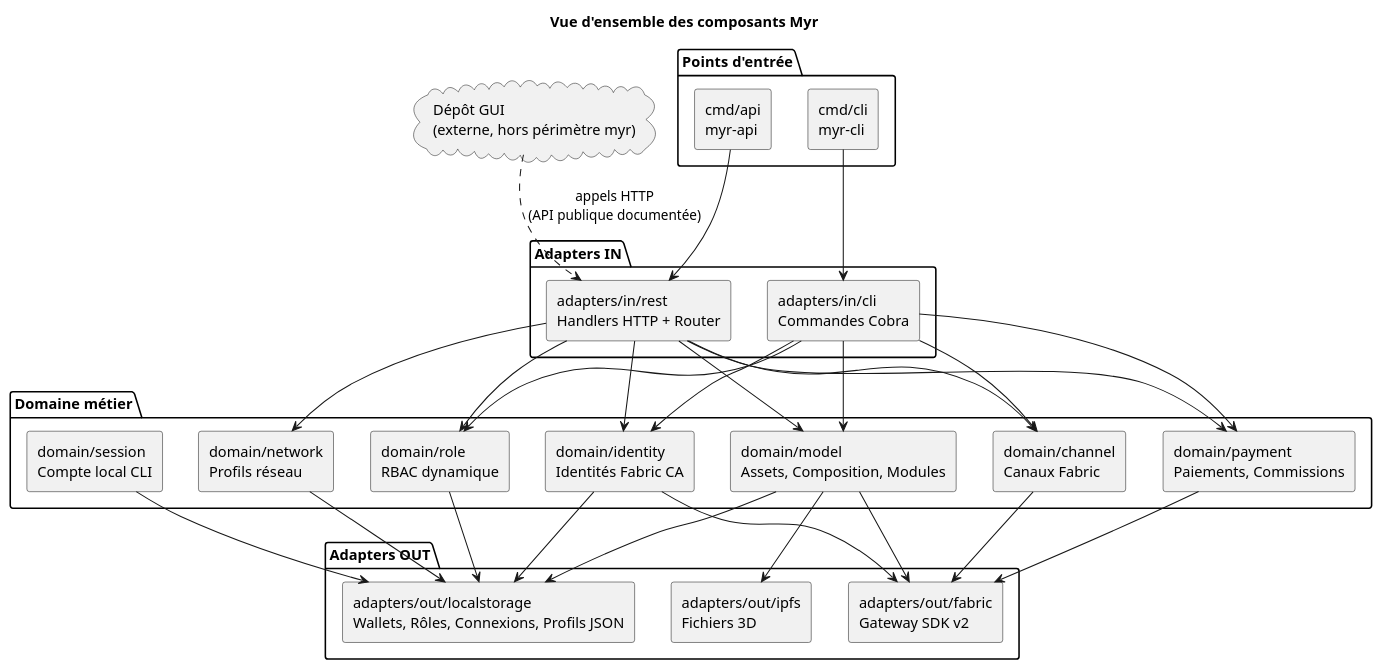
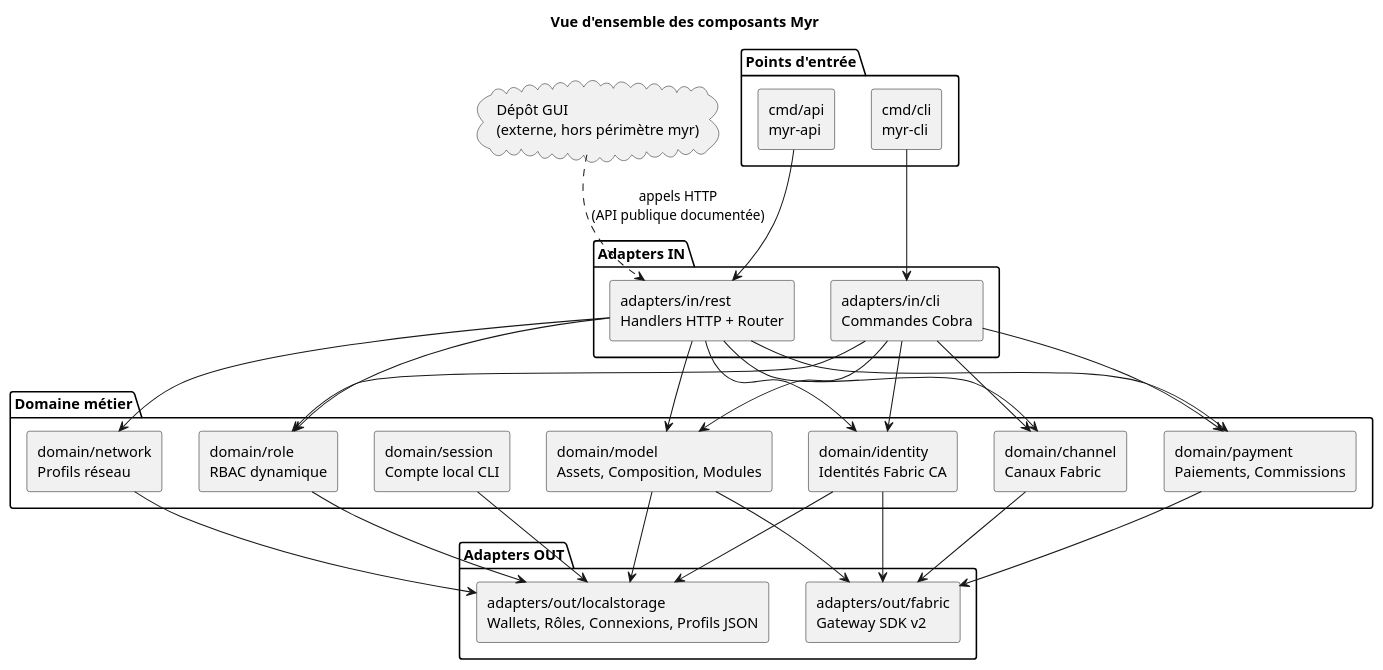
The first of 2 diagrams in specs/3-Conception/Conception_intro.md (myr-forge/myr-core), drawn with PlantUML before and after one commit. The commit also changed other lines of this file and 23 other files, not shown here.

````diff
--- a/specs/3-Conception/Conception_intro.md
+++ b/specs/3-Conception/Conception_intro.md
@@ -59,68 +59,66 @@
 ```plantuml
 @startuml
 title Vue d'ensemble des composants Myr
 
 skinparam componentStyle rectangle
 skinparam rectangle {
   BackgroundColor #f8f9fa
   BorderColor #6c757d
 }
 
 package "Points d'entrée" {
   [cmd/api\nmyr-api] as CmdAPI
   [cmd/cli\nmyr-cli] as CmdCLI
 }
 
 cloud "Dépôt GUI\n(externe, hors périmètre myr)" as ExtGUI
 
 package "Adapters IN" {
   [adapters/in/rest\nHandlers HTTP + Router] as REST
   [adapters/in/cli\nCommandes Cobra] as CLI
 }
 
 package "Domaine métier" {
   [domain/model\nAssets, Composition, Modules] as DomModel
   [domain/identity\nIdentités Fabric CA] as DomIdentity
   [domain/role\nRBAC dynamique] as DomRole
   [domain/network\nProfils réseau] as DomNetwork
   [domain/channel\nCanaux Fabric] as DomChannel
   [domain/session\nCompte local CLI] as DomSession
   [domain/payment\nPaiements, Commissions] as DomPayment
 }
 
 package "Adapters OUT" {
   [adapters/out/fabric\nGateway SDK v2] as Fabric
   [adapters/out/localstorage\nWallets, Rôles, Connexions, Profils JSON] as LocalStorage
-  [adapters/out/ipfs\nFichiers 3D] as IPFS
 }
 
 CmdAPI --> REST
 CmdCLI --> CLI
 ExtGUI ..> REST : appels HTTP\n(API publique documentée)
 
 REST --> DomModel
 REST --> DomIdentity
 REST --> DomRole
 REST --> DomNetwork
 REST --> DomChannel
 REST --> DomPayment
 
 CLI --> DomModel
 CLI --> DomIdentity
 CLI --> DomRole
 CLI --> DomChannel
 CLI --> DomPayment
 
 DomModel --> Fabric
 DomModel --> LocalStorage
-DomModel --> IPFS
 DomIdentity --> Fabric
 DomIdentity --> LocalStorage
 DomRole --> LocalStorage
 DomNetwork --> LocalStorage
 DomChannel --> Fabric
 DomSession --> LocalStorage
 DomPayment --> Fabric
 
 @enduml
 ```
````
